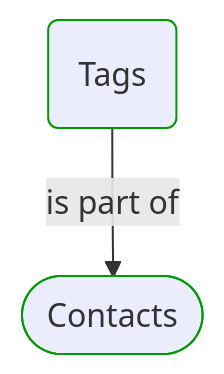
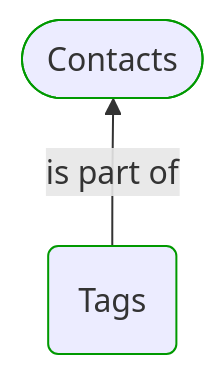
Before and after one commit to itlibrium/DDD-starter-dotnet: the first of 4 diagrams in Docs/P3/MermaidOutput/Modules/Contacts/Tags/Tags.md, drawn with Mermaid. The commit also changed other lines of this file and 174 other files, not shown here.

````diff
--- a/Docs/P3/MermaidOutput/Modules/Contacts/Tags/Tags.md
+++ b/Docs/P3/MermaidOutput/Modules/Contacts/Tags/Tags.md
@@ -20,11 +20,14 @@
 ```mermaid
   flowchart TB
-    0(Tags)
+    0([Contacts])
     class 0 DomainPerspective
-    1([Contacts])
+    1(Tags)
     class 1 DomainPerspective
-    0-->|is part of|1
+    0---1
+    1-->|is part of|0
+    1---0
+    linkStyle 0,2 stroke:none
     classDef DomainPerspective stroke:#009900
     classDef TechnologyPerspective stroke:#1F41EB
     classDef PeoplePerspective stroke:#FFF014
 ```
````
